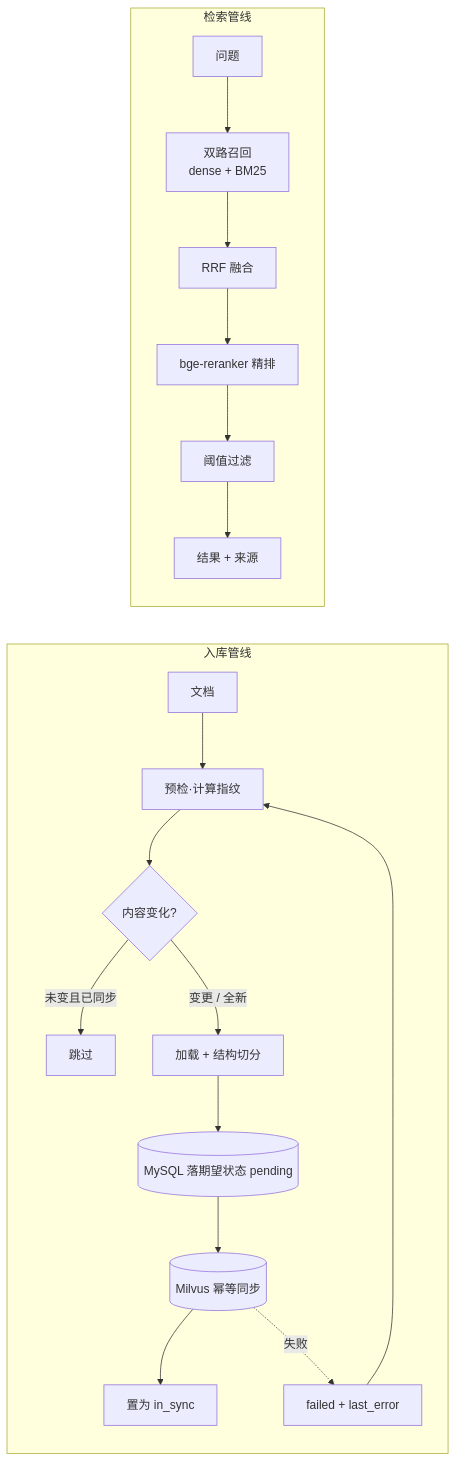
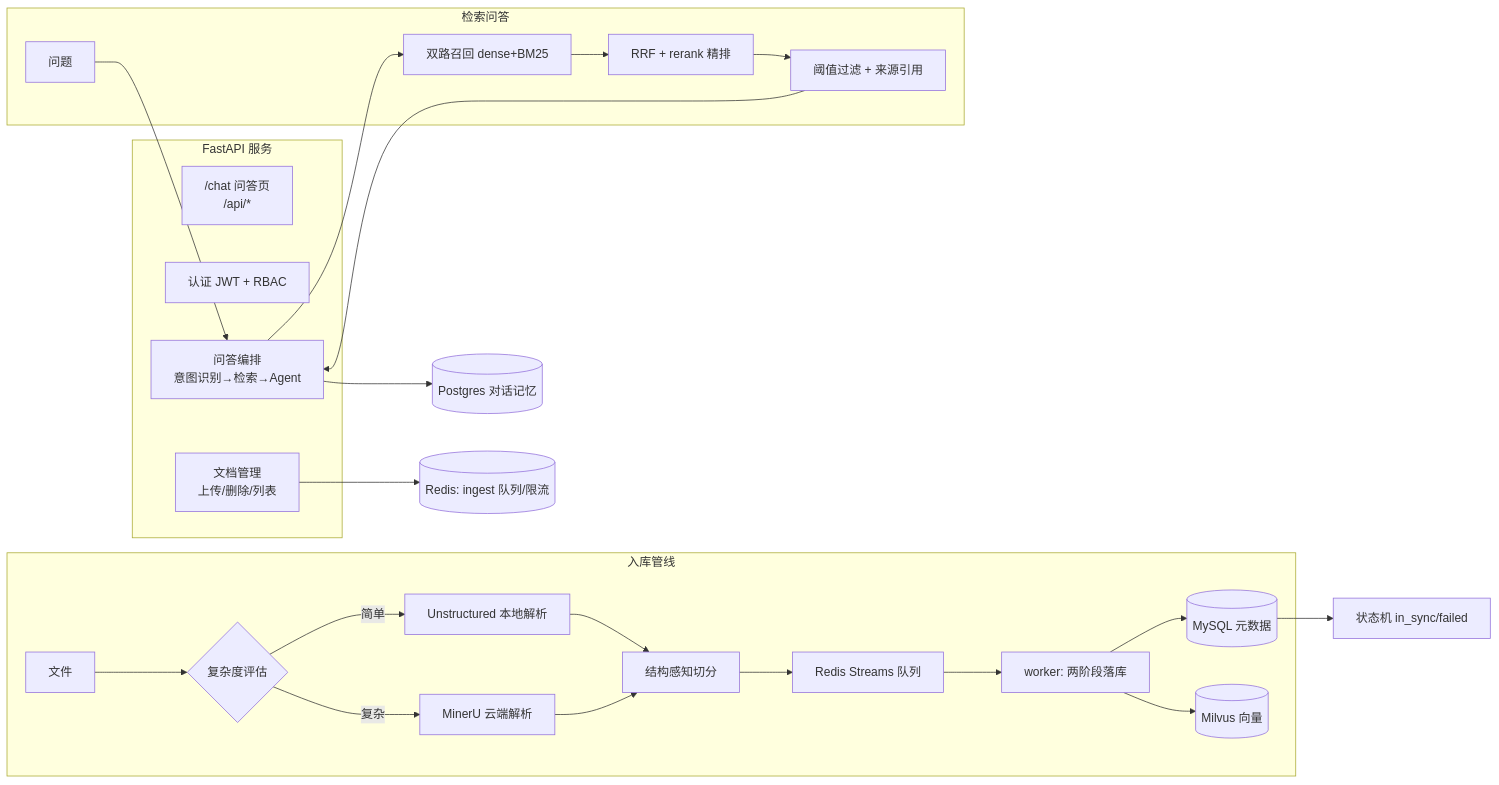
Before and after one commit to Arith1/RAG: the first of 2 diagrams in README.md, drawn with Mermaid. The commit also changed other lines of this file and 37 other files, not shown here.

First line of the commit message:
feat: RAG 知识库 Web 化 + Redis 队列 + 记忆持久化 + 评测体系

````diff
--- a/README.md
+++ b/README.md
@@ -20,22 +23,32 @@
 ```mermaid
 flowchart LR
-    subgraph 入库管线
-        A[文档] --> B[预检·计算指纹]
-        B --> C{内容变化?}
-        C -- 未变且已同步 --> D[跳过]
-        C -- 变更 / 全新 --> E[加载 + 结构切分]
-        E --> F[(MySQL 落期望状态 pending)]
-        F --> G[(Milvus 幂等同步)]
-        G --> H[置为 in_sync]
-        G -.失败.-> I[failed + last_error]
-        I --> B
+    subgraph Web["FastAPI 服务"]
+        A["/chat 问答页<br/>/api/*"]
+        B[认证 JWT + RBAC]
+        C[文档管理<br/>上传/删除/列表]
+        D[问答编排<br/>意图识别→检索→Agent]
     end
 
-    subgraph 检索管线
-        Q[问题] --> R[双路召回<br/>dense + BM25]
-        R --> S[RRF 融合]
-        S --> T[bge-reranker 精排]
-        T --> U[阈值过滤]
-        U --> V[结果 + 来源]
+    subgraph 入库管线
+        E[文件] --> F{复杂度评估}
+        F -- 简单 --> G[Unstructured 本地解析]
+        F -- 复杂 --> H[MinerU 云端解析]
+        G & H --> I[结构感知切分]
+        I --> J[Redis Streams 队列]
+        J --> K[worker: 两阶段落库]
+        K --> L[(MySQL 元数据)]
+        K --> M[(Milvus 向量)]
     end
+
+    subgraph 检索问答
+        Q[问题] --> D
+        D --> N[双路召回 dense+BM25]
+        N --> O[RRF + rerank 精排]
+        O --> P[阈值过滤 + 来源引用]
+        P --> D
+    end
+
+    D --> R[(Postgres 对话记忆)]
+    C --> S[(Redis: ingest 队列/限流)]
+    L --> T[状态机 in_sync/failed]
 ```
````
